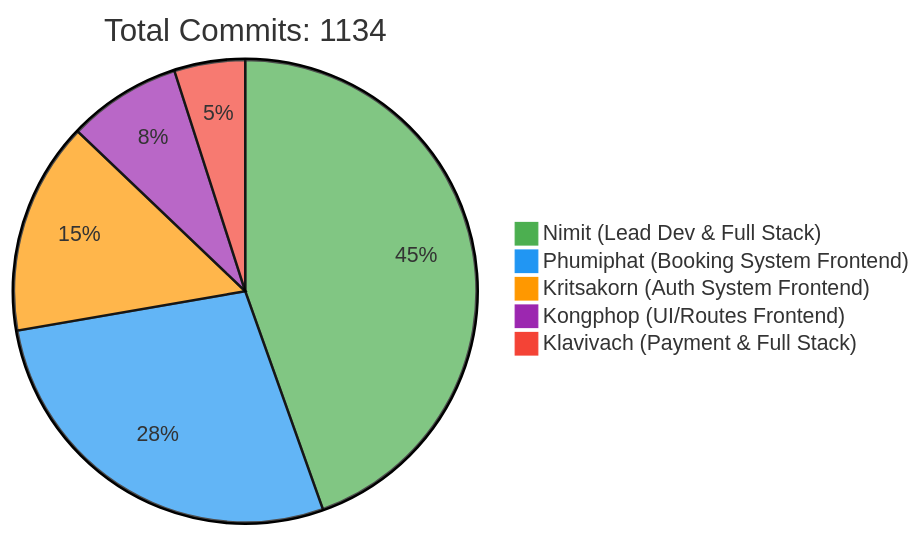
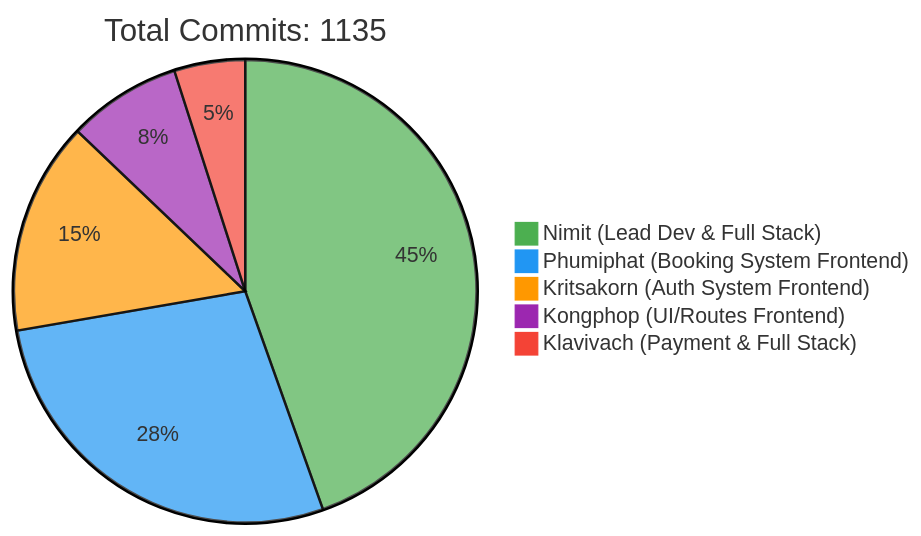
One commit to 6531503042/Sport-Complex changed the first of 2 diagrams in README.md. Above: the diagram before and after it, drawn with Mermaid. The commit also changed other lines of this file, not shown here.

Commit message:
docs: Update contributor statistics [skip ci]

````diff
--- a/README.md
+++ b/README.md
@@ -257,10 +257,10 @@
 ```mermaid
 %%{init: {'theme': 'base', 'themeVariables': { 'pie1': '#4CAF50', 'pie2': '#2196F3', 'pie3': '#FF9800', 'pie4': '#9C27B0', 'pie5': '#F44336'}}}%%
 pie
-    title Total Commits: 1134
+    title Total Commits: 1135
     "Nimit (Lead Dev & Full Stack)" : 450
     "Phumiphat (Booking System Frontend)" : 280
     "Kritsakorn (Auth System Frontend)" : 150
     "Kongphop (UI/Routes Frontend)" : 80
     "Klavivach (Payment & Full Stack)" : 50
 ```
````
